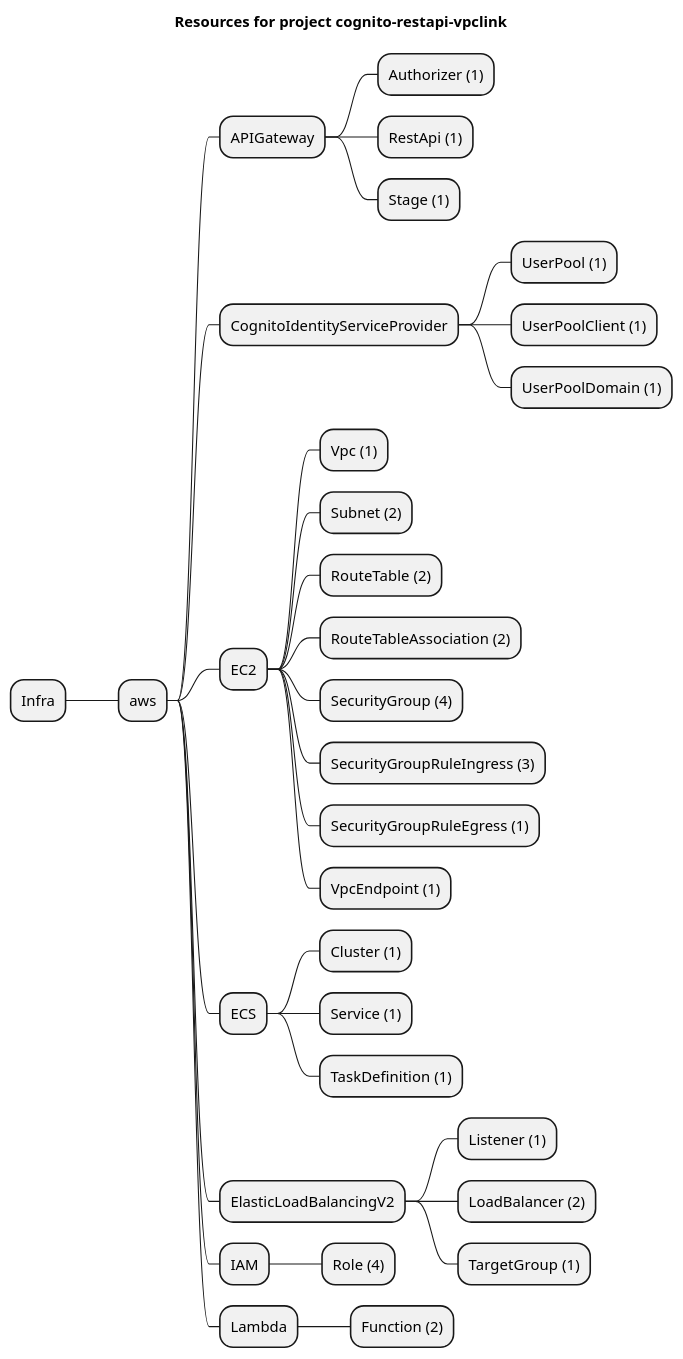
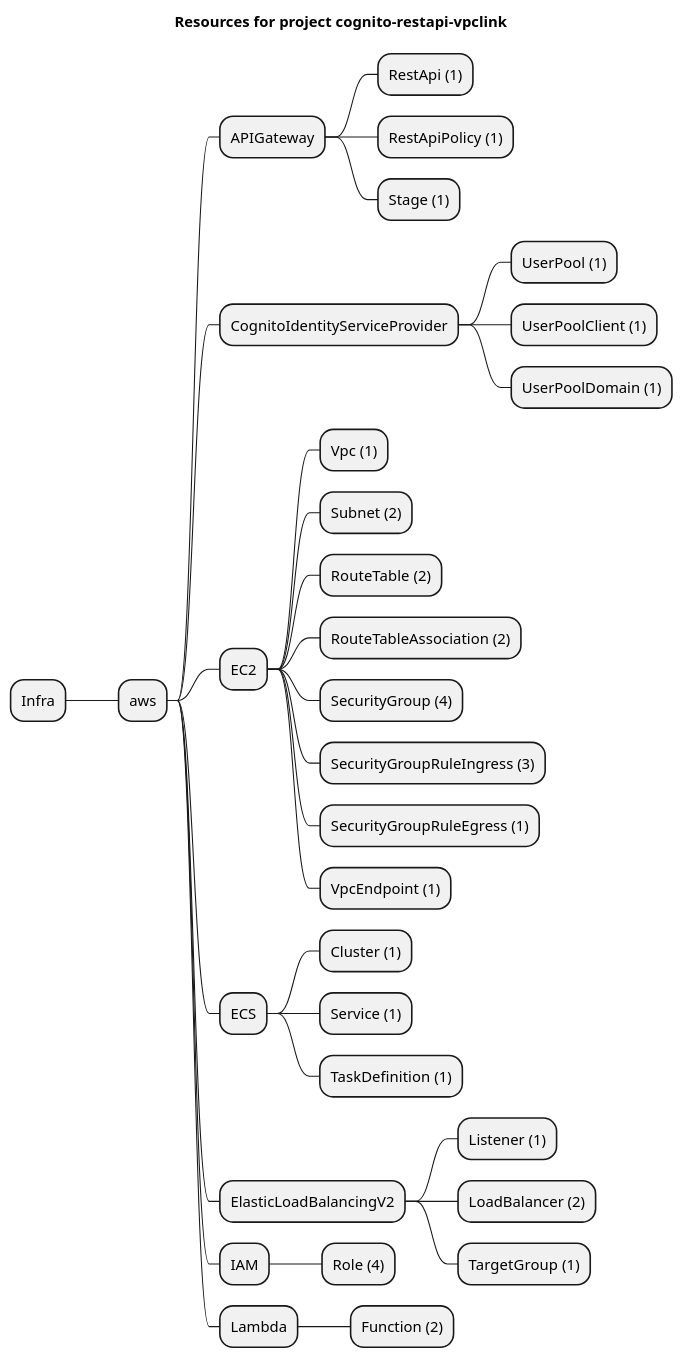
Before and after one commit to grucloud/grucloud: the diagram in examples/aws/CognitoIdentity/cognito-restapi-vpclink/artifacts/resources-mindmap.puml, drawn with PlantUML. The commit also changed 27 other files, not shown here.

```diff
--- a/examples/aws/CognitoIdentity/cognito-restapi-vpclink/artifacts/resources-mindmap.puml
+++ b/examples/aws/CognitoIdentity/cognito-restapi-vpclink/artifacts/resources-mindmap.puml
@@ -1,35 +1,35 @@
 @startmindmap
 title Resources for project cognito-restapi-vpclink
 skinparam monochrome true
 + Infra
 ++ aws
 +++ APIGateway
-++++ Authorizer (1)
 ++++ RestApi (1)
+++++ RestApiPolicy (1)
 ++++ Stage (1)
 +++ CognitoIdentityServiceProvider
 ++++ UserPool (1)
 ++++ UserPoolClient (1)
 ++++ UserPoolDomain (1)
 +++ EC2
 ++++ Vpc (1)
 ++++ Subnet (2)
 ++++ RouteTable (2)
 ++++ RouteTableAssociation (2)
 ++++ SecurityGroup (4)
 ++++ SecurityGroupRuleIngress (3)
 ++++ SecurityGroupRuleEgress (1)
 ++++ VpcEndpoint (1)
 +++ ECS
 ++++ Cluster (1)
 ++++ Service (1)
 ++++ TaskDefinition (1)
 +++ ElasticLoadBalancingV2
 ++++ Listener (1)
 ++++ LoadBalancer (2)
 ++++ TargetGroup (1)
 +++ IAM
 ++++ Role (4)
 +++ Lambda
 ++++ Function (2)
 @endmindmap
```
